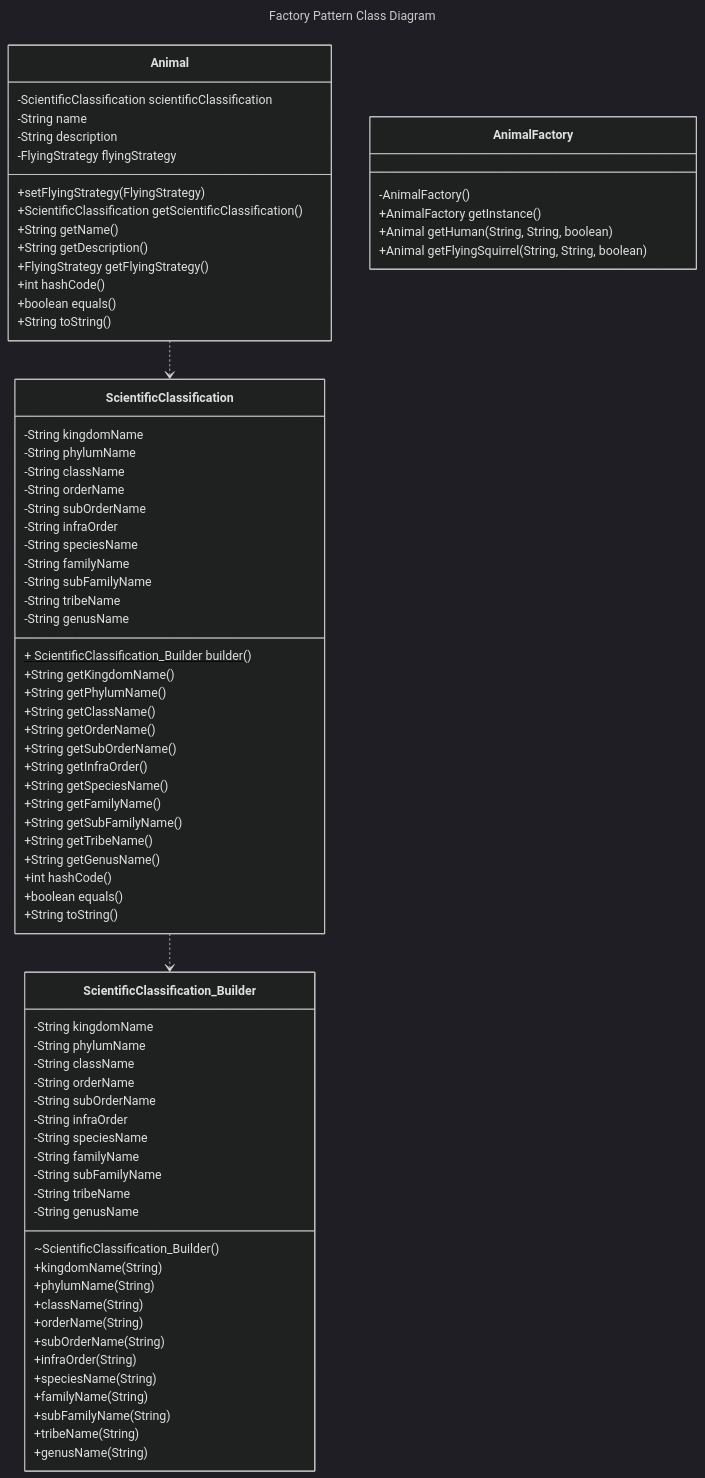
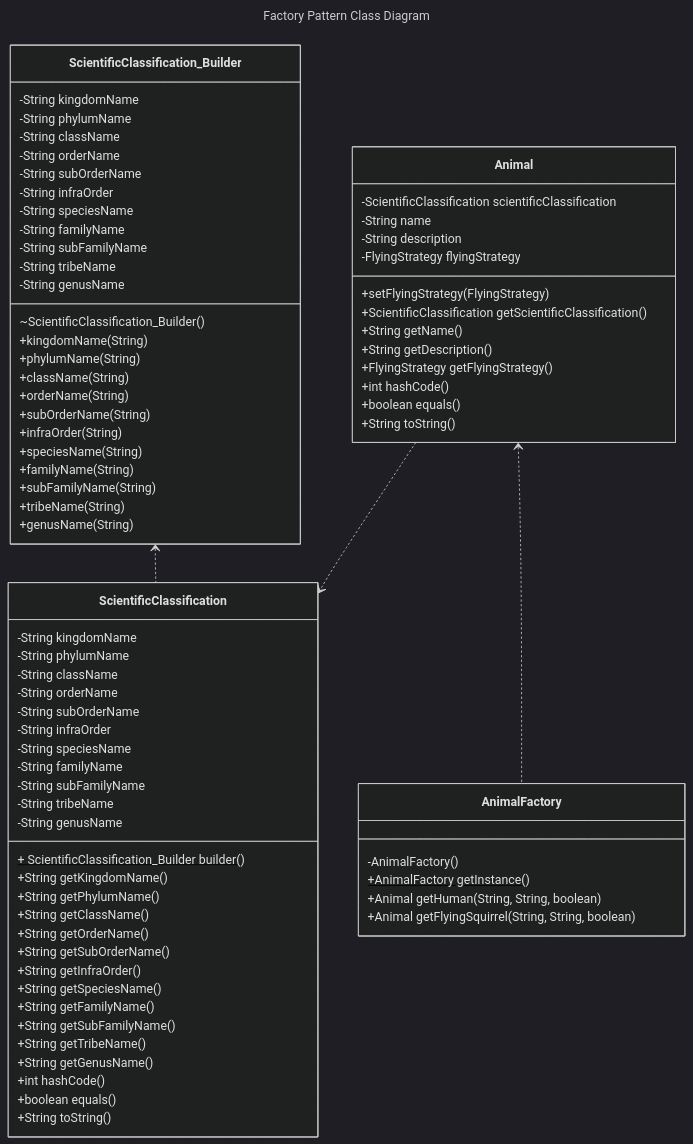
The diagram in src/main/java/codingchica/patterns/creational/factory/README.md (codingchica/DesignPatterns), drawn with Mermaid (dark theme) before and after one commit.

Commit message:
Documentation:  Factory & Strategy Patterns

````diff
--- a/src/main/java/codingchica/patterns/creational/factory/README.md
+++ b/src/main/java/codingchica/patterns/creational/factory/README.md
@@ -3,82 +3,83 @@
 ```mermaid
 ---
 title: Factory Pattern Class Diagram
 ---
 classDiagram
     Animal ..> ScientificClassification
-    ScientificClassification ..> ScientificClassification_Builder
+    Animal <.. AnimalFactory
+    ScientificClassification_Builder <.. ScientificClassification
     class AnimalFactory {
         -AnimalFactory()
         +AnimalFactory getInstance()$
         +Animal getHuman(String, String, boolean)
         +Animal getFlyingSquirrel(String, String, boolean)
     }
     class ScientificClassification {
         -String kingdomName
         -String phylumName
         -String className
         -String orderName
         -String subOrderName
         -String infraOrder
         -String speciesName
         -String familyName
         -String subFamilyName
         -String tribeName
         -String genusName
         + ScientificClassification_Builder builder()$
         +String getKingdomName()
         +String getPhylumName()
         +String getClassName()
         +String getOrderName()
         +String getSubOrderName()
         +String getInfraOrder()
         +String getSpeciesName()
         +String getFamilyName()
         +String getSubFamilyName()
         +String getTribeName()
         +String getGenusName()
         +int hashCode()
         +boolean equals()
         +String toString()
     }
     class ScientificClassification_Builder {
         -String kingdomName
         -String phylumName
         -String className
         -String orderName
         -String subOrderName
         -String infraOrder
         -String speciesName
         -String familyName
         -String subFamilyName
         -String tribeName
         -String genusName
         ~ScientificClassification_Builder()
         +kingdomName(String)
         +phylumName(String)
         +className(String)
         +orderName(String)
         +subOrderName(String)
         +infraOrder(String)
         +speciesName(String)
         +familyName(String)
         +subFamilyName(String)
         +tribeName(String)
         +genusName(String)
     }
     class Animal{
         -ScientificClassification scientificClassification
         -String name
         -String description
         -FlyingStrategy flyingStrategy
         +setFlyingStrategy(FlyingStrategy)
         +ScientificClassification getScientificClassification()
         +String getName()
         +String getDescription()
         +FlyingStrategy getFlyingStrategy()
         +int hashCode()
         +boolean equals()
         +String toString()
     }
 
 ```
````
